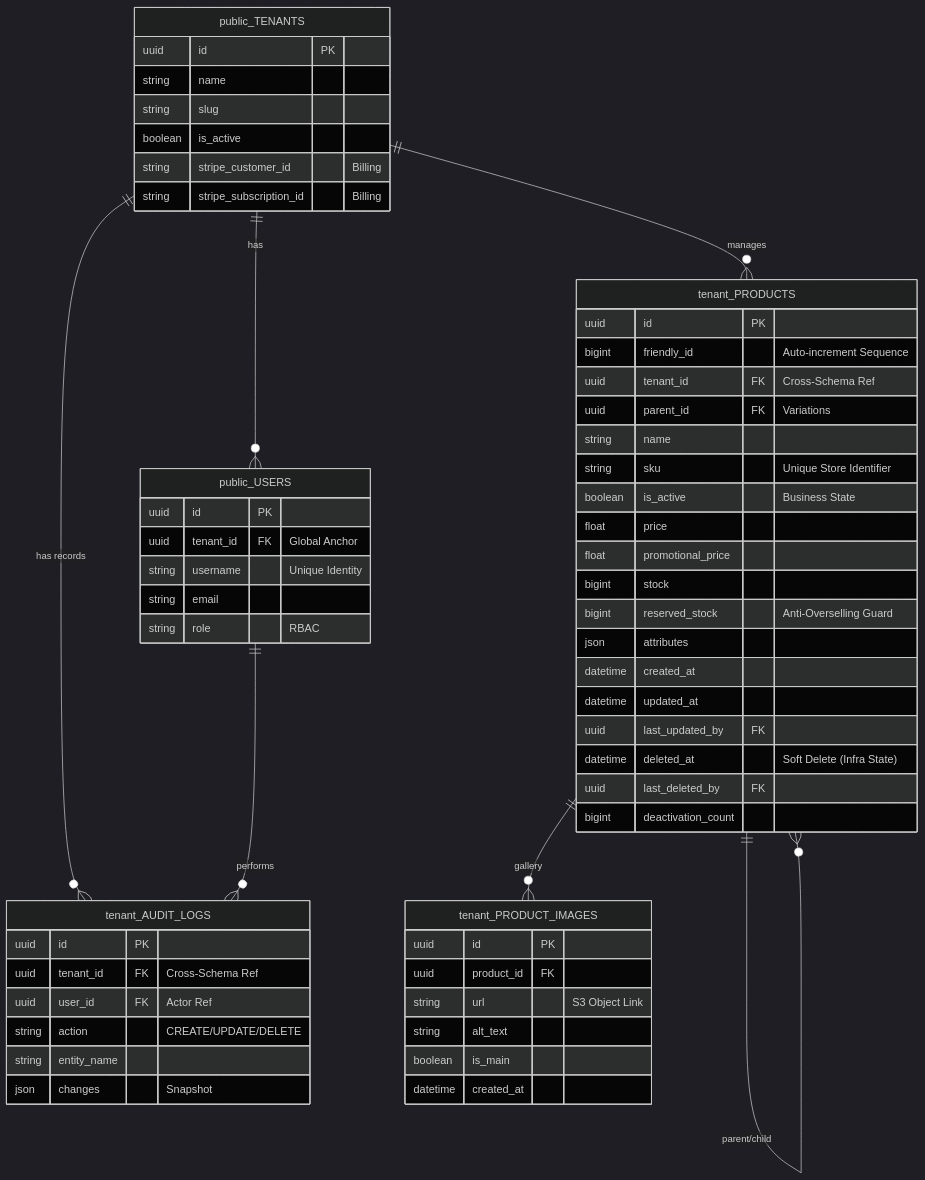
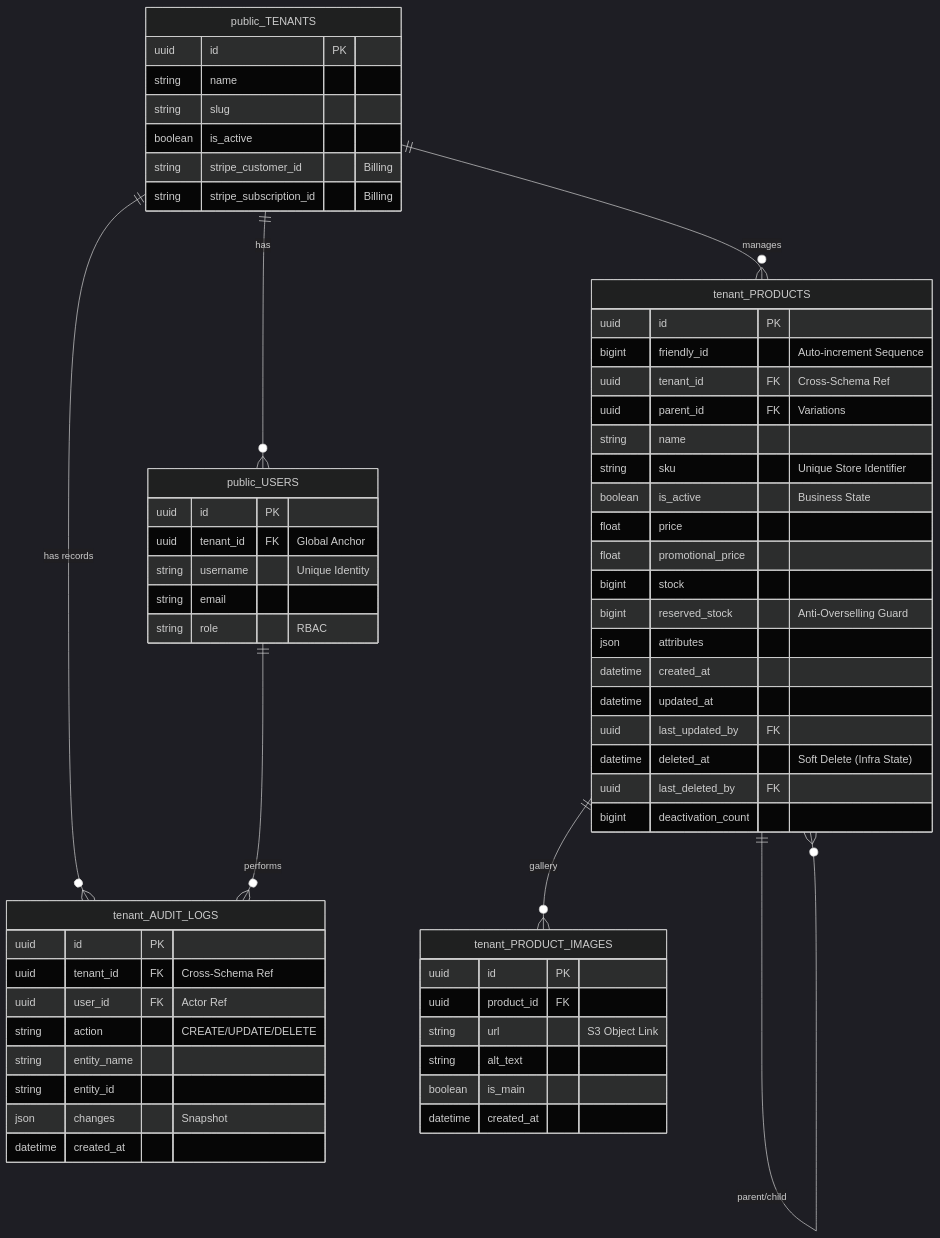
Before and after one commit to ccerks/nexcore-saas-api: the diagram in README.md, drawn with Mermaid (dark theme). The commit also changed other lines of this file and 6 other files, not shown here.

First line of the commit message:
ci: automate AWS ECS deployment pipeline and stabilize test architecture

````diff
--- a/README.md
+++ b/README.md
@@ -35,65 +36,67 @@
 ```mermaid
 erDiagram
     public_TENANTS ||--o{ public_USERS : "has"
     public_TENANTS ||--o{ tenant_PRODUCTS : "manages"
     public_TENANTS ||--o{ tenant_AUDIT_LOGS : "has records"
     public_USERS ||--o{ tenant_AUDIT_LOGS : "performs"
     tenant_PRODUCTS ||--o{ tenant_PRODUCTS : "parent/child"
     tenant_PRODUCTS ||--o{ tenant_PRODUCT_IMAGES : "gallery"
 
     public_TENANTS {
         uuid id PK
         string name
         string slug
         boolean is_active
         string stripe_customer_id "Billing"
         string stripe_subscription_id "Billing"
     }
 
     public_USERS {
         uuid id PK
         uuid tenant_id FK "Global Anchor"
         string username "Unique Identity"
         string email
         string role "RBAC"
     }
 
     tenant_PRODUCTS {
         uuid id PK
         bigint friendly_id "Auto-increment Sequence"
         uuid tenant_id FK "Cross-Schema Ref"
         uuid parent_id FK "Variations"
         string name
         string sku "Unique Store Identifier"
         boolean is_active "Business State"
         float price
         float promotional_price
         bigint stock
         bigint reserved_stock "Anti-Overselling Guard"
         json attributes
         datetime created_at
         datetime updated_at
         uuid last_updated_by FK
         datetime deleted_at "Soft Delete (Infra State)"
         uuid last_deleted_by FK
         bigint deactivation_count
     }
     
     tenant_PRODUCT_IMAGES {
         uuid id PK
         uuid product_id FK
         string url "S3 Object Link"
         string alt_text
         boolean is_main
         datetime created_at
     }
 
     tenant_AUDIT_LOGS {
         uuid id PK
         uuid tenant_id FK "Cross-Schema Ref"
         uuid user_id FK "Actor Ref"
         string action "CREATE/UPDATE/DELETE"
         string entity_name
+        string entity_id
         json changes "Snapshot"
+        datetime created_at
     }
 ```
````
